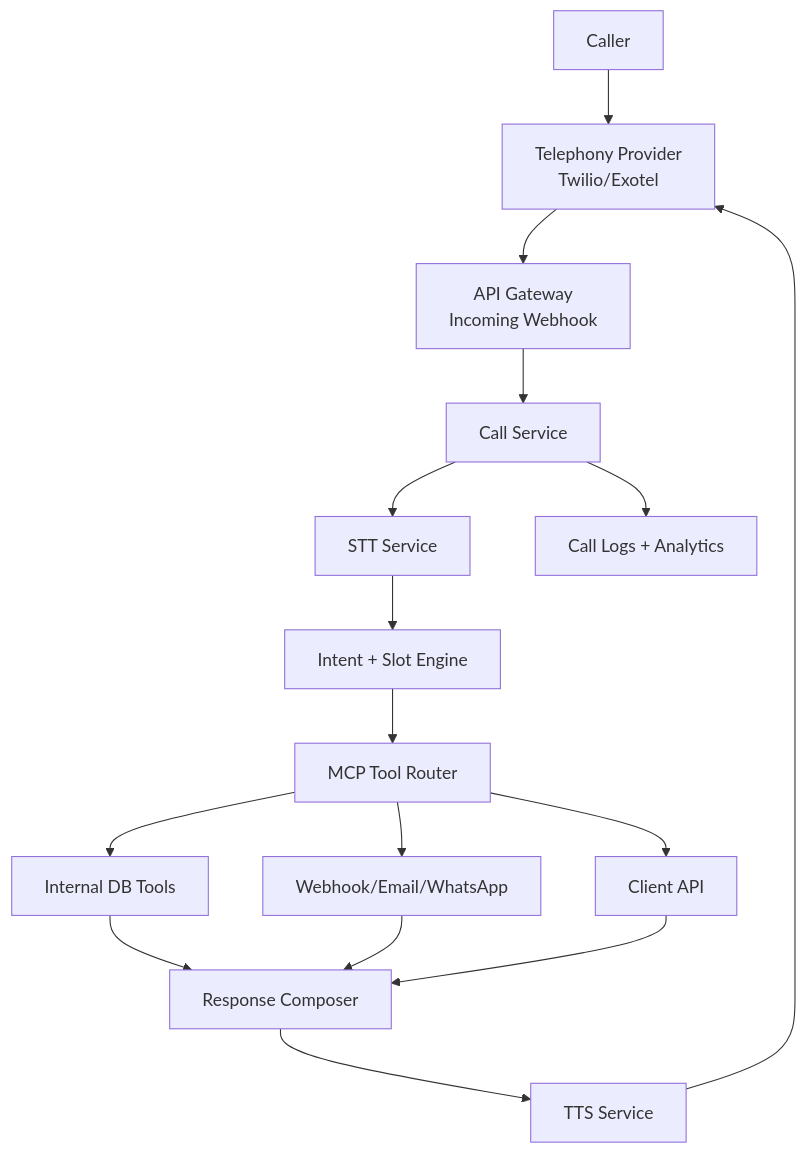
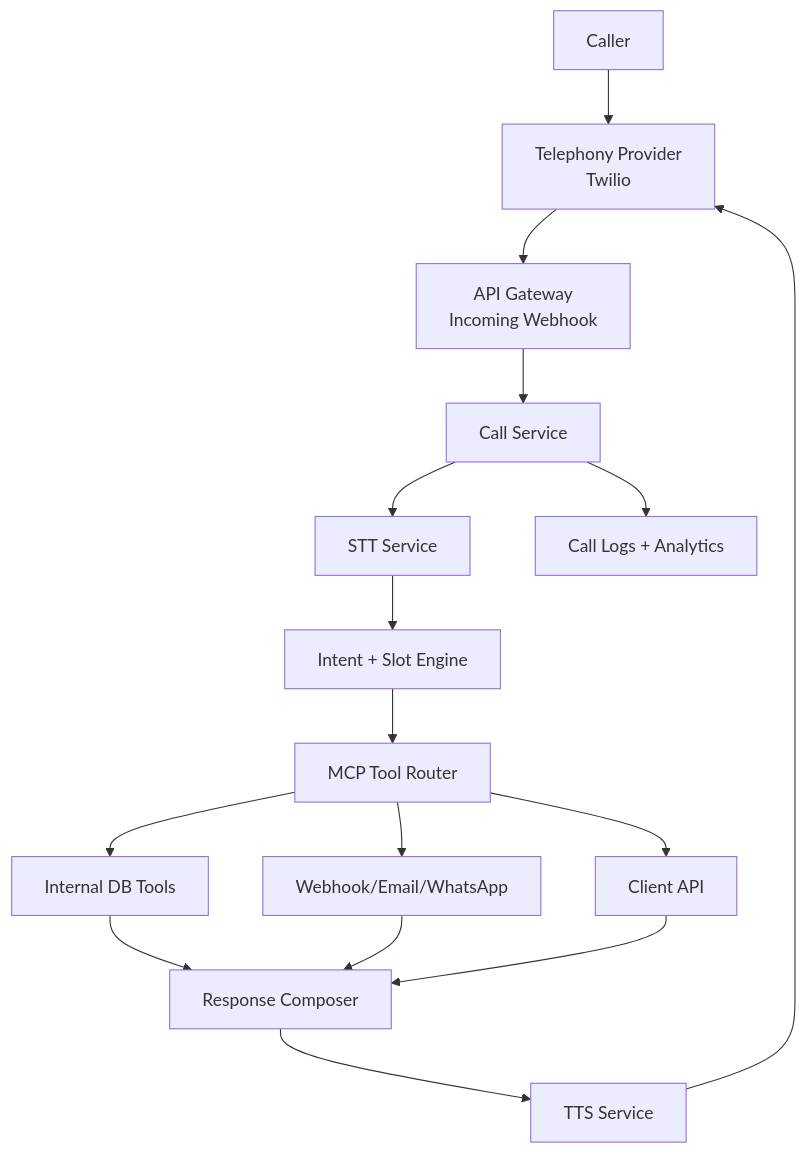
Before and after one commit to Aksh015/callify: the diagram in architecture.md, drawn with Mermaid. The commit also changed 27 other files, not shown here.

````diff
--- a/architecture.md
+++ b/architecture.md
@@ -184,18 +184,18 @@
 ```mermaid
 flowchart TD
-  A[Caller] --> B[Telephony Provider\nTwilio/Exotel]
+  A[Caller] --> B[Telephony Provider\nTwilio]
   B --> C[API Gateway\nIncoming Webhook]
   C --> D[Call Service]
   D --> E[STT Service]
   E --> F[Intent + Slot Engine]
   F --> G[MCP Tool Router]
   G --> H1[Internal DB Tools]
   G --> H2[Webhook/Email/WhatsApp]
   G --> H3[Client API]
   H1 --> I[Response Composer]
   H2 --> I
   H3 --> I
   I --> J[TTS Service]
   J --> B
   D --> K[Call Logs + Analytics]
 ```
````
